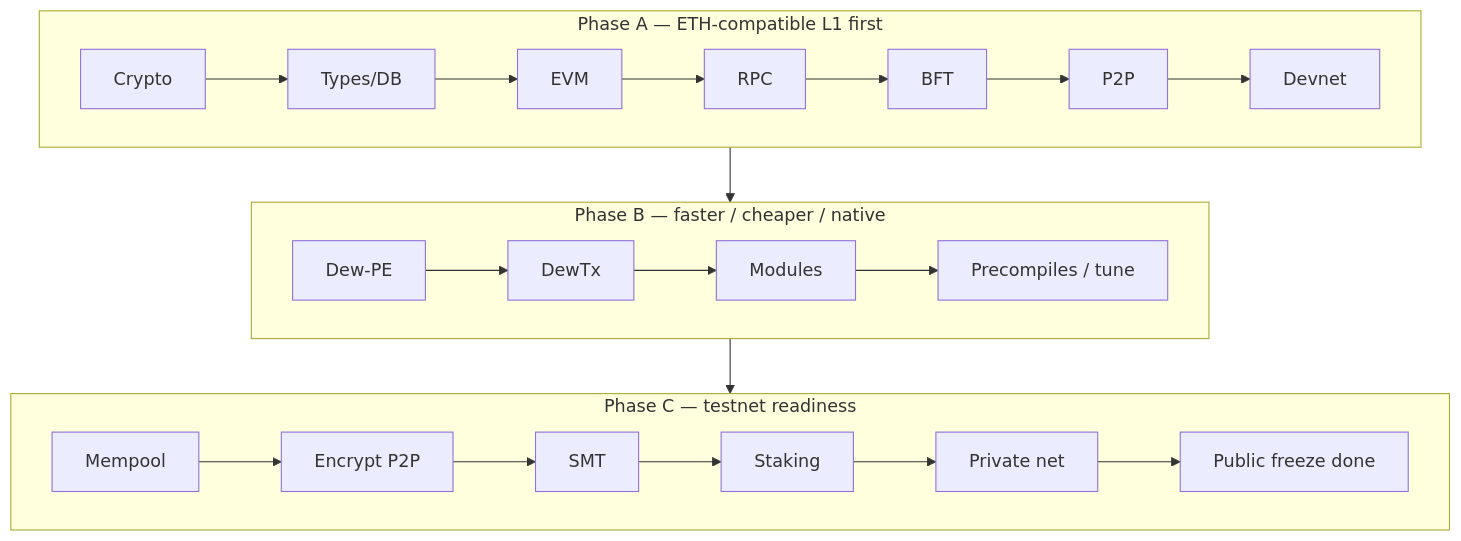
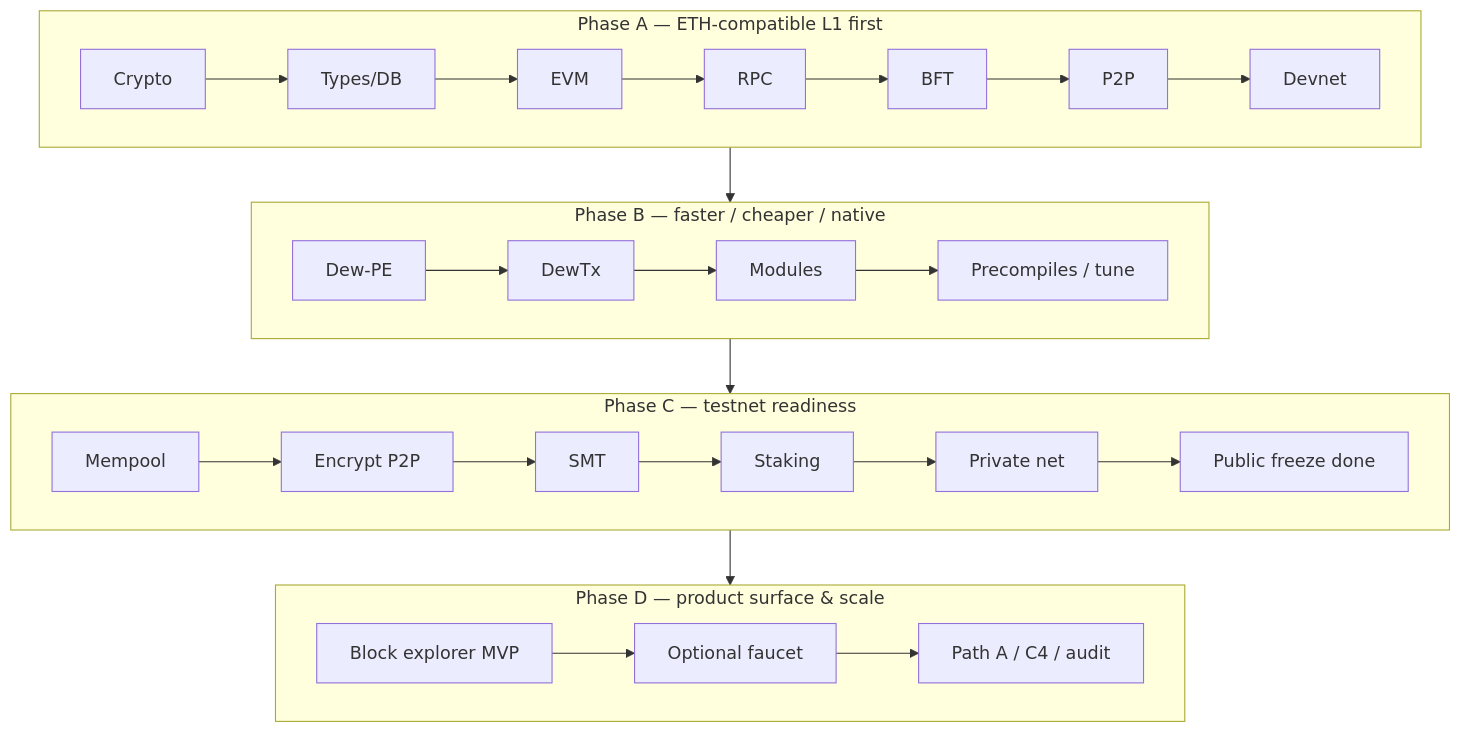
One commit to dewnetwork/dew changed the first of 5 diagrams in docs/development/roadmap.md. Above: the diagram before and after it, drawn with Mermaid. The commit also changed other lines of this file and 38 other files, not shown here.

Commit message:
feat: initialize Dew Explorer SPA with RPC integration, block/tx routing, and search functionality

````diff
--- a/docs/development/roadmap.md
+++ b/docs/development/roadmap.md
@@ -15,16 +15,20 @@
 ```mermaid
 flowchart TB
   subgraph A["Phase A — ETH-compatible L1 first"]
     direction LR
     A1[Crypto] --> A2[Types/DB] --> A3[EVM] --> A4[RPC] --> A5[BFT] --> A6[P2P] --> A7[Devnet]
   end
   subgraph B["Phase B — faster / cheaper / native"]
     direction LR
     B1[Dew-PE] --> B2[DewTx] --> B3[Modules] --> B4[Precompiles / tune]
   end
   subgraph C["Phase C — testnet readiness"]
     direction LR
     C1[Mempool] --> C2[Encrypt P2P] --> C3[SMT] --> C4[Staking] --> C5[Private net] --> C6[Public freeze done]
   end
-  A --> B --> C
+  subgraph D["Phase D — product surface & scale"]
+    direction LR
+    D1[Block explorer MVP] --> D2[Optional faucet] --> D3[Path A / C4 / audit]
+  end
+  A --> B --> C --> D
 ```
````
